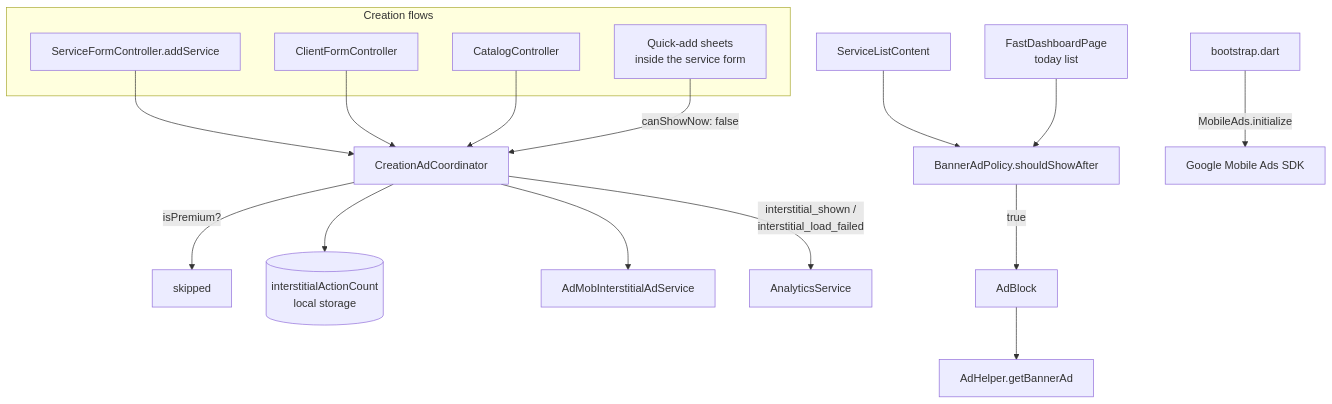
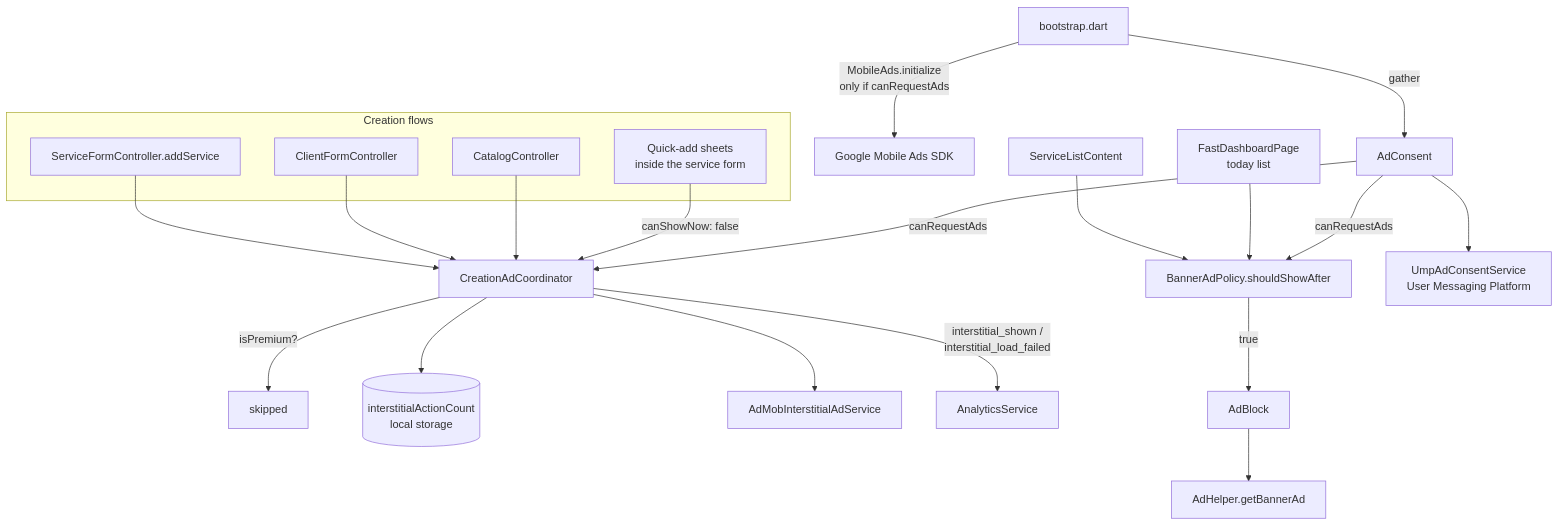
One commit to lucas-242/kazi changed the diagram in packages/kazi/lib/core/services/data/ads/README.md. Above: the diagram before and after it, drawn with Mermaid. The commit also changed other lines of this file and 25 other files, not shown here.

````diff
--- a/packages/kazi/lib/core/services/data/ads/README.md
+++ b/packages/kazi/lib/core/services/data/ads/README.md
@@ -25,26 +26,30 @@
 ```mermaid
 flowchart TD
     subgraph creation[Creation flows]
         SF[ServiceFormController.addService]
         CF[ClientFormController]
         CAT[CatalogController]
         QA[Quick-add sheets<br/>inside the service form]
     end
 
     SF --> CAC[CreationAdCoordinator]
     CF --> CAC
     CAT --> CAC
     QA -->|canShowNow: false| CAC
 
     CAC -->|isPremium?| SKIP[skipped]
     CAC --> COUNT[(interstitialActionCount<br/>local storage)]
     CAC --> IAS[AdMobInterstitialAdService]
     CAC -->|interstitial_shown /<br/>interstitial_load_failed| AN[AnalyticsService]
 
     SLC[ServiceListContent] --> BAP[BannerAdPolicy.shouldShowAfter]
     HOME[FastDashboardPage<br/>today list] --> BAP
     BAP -->|true| AB[AdBlock]
     AB --> AH[AdHelper.getBannerAd]
 
-    BOOT[bootstrap.dart] -->|MobileAds.initialize| SDK[Google Mobile Ads SDK]
+    BOOT[bootstrap.dart] -->|gather| CONS[AdConsent]
+    CONS --> UMP[UmpAdConsentService<br/>User Messaging Platform]
+    CONS -->|canRequestAds| CAC
+    CONS -->|canRequestAds| BAP
+    BOOT -->|MobileAds.initialize<br/>only if canRequestAds| SDK[Google Mobile Ads SDK]
 ```
````
